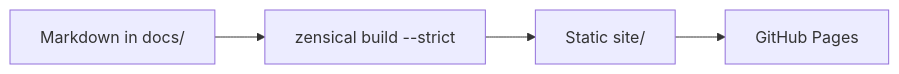
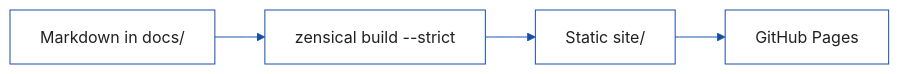
Before and after one commit to fmind/dot: the diagram in skills/documentation-site/templates/index.md, drawn with Mermaid. The commit also changed 270 other files, not shown here.

````diff
--- a/skills/documentation-site/templates/index.md
+++ b/skills/documentation-site/templates/index.md
@@ -74,6 +74,18 @@
 ```mermaid
+---
+config:
+  fontFamily: '"Google Sans", sans-serif'
+  layout: dagre
+  look: classic
+  theme: base
+  themeVariables:
+    primaryColor: "#ffffff"
+    primaryTextColor: "#202124"
+    primaryBorderColor: "#174ea6"
+    lineColor: "#174ea6"
+---
 flowchart LR
-  source[Markdown in docs/] --> build[zensical build --strict]
-  build --> site[Static site/]
-  site --> host[GitHub Pages]
+  source["Markdown in docs/"] --> build["zensical build --strict"]
+  build --> site["Static site/"]
+  site --> host["GitHub Pages"]
 ```
````
